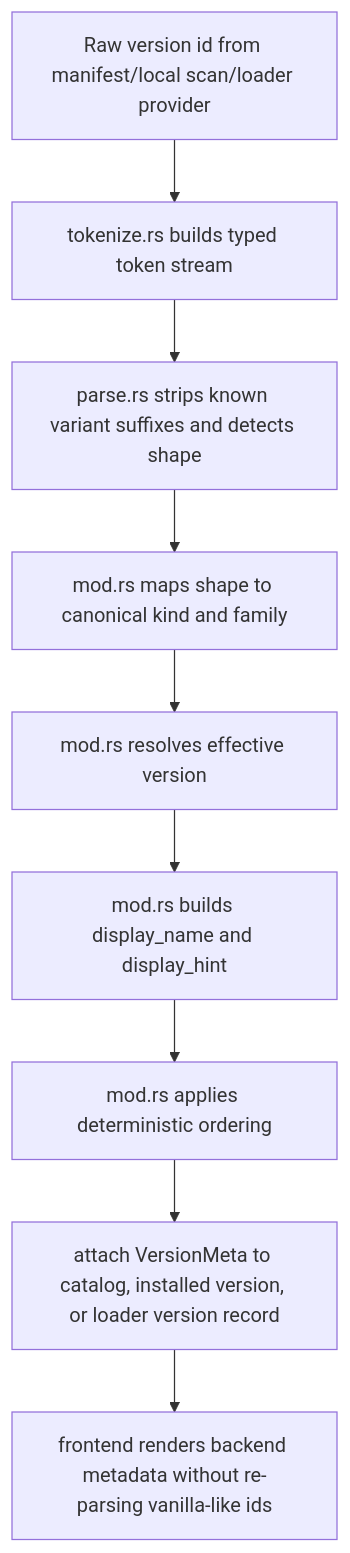
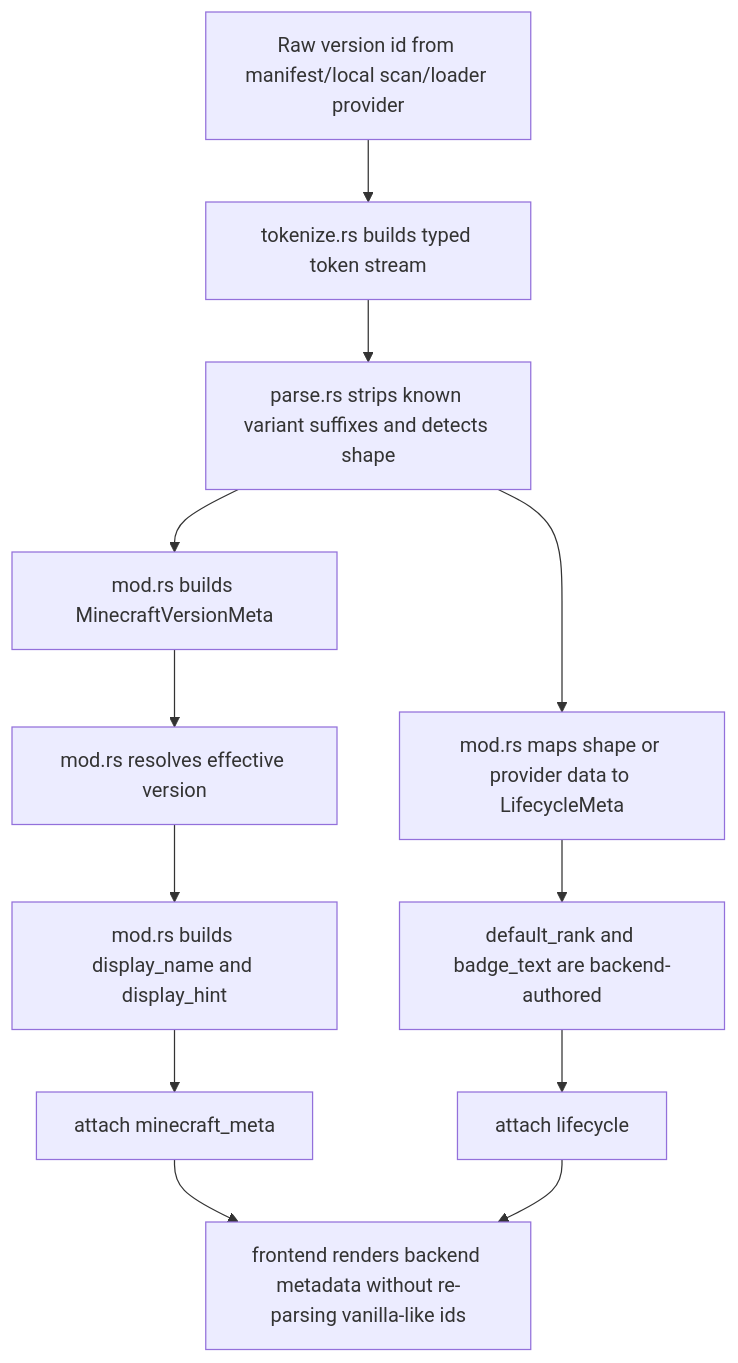
One commit to mateoltd/croopor changed the eighth of 9 diagrams in docs/ARCHITECTURE.md. Above: the diagram before and after it, drawn with Mermaid. The commit also changed other lines of this file and 29 other files, not shown here.

Commit message:
refactor(loaders): wip normalize lifecycle metadata

````diff
--- a/docs/ARCHITECTURE.md
+++ b/docs/ARCHITECTURE.md
@@ -165,11 +167,14 @@
 ```mermaid
 flowchart TD
     A[Raw version id from manifest/local scan/loader provider] --> B[tokenize.rs builds typed token stream]
     B --> C[parse.rs strips known variant suffixes and detects shape]
-    C --> D[mod.rs maps shape to canonical kind and family]
-    D --> E[mod.rs resolves effective version]
-    E --> F[mod.rs builds display_name and display_hint]
-    F --> G[mod.rs applies deterministic ordering]
-    G --> H[attach VersionMeta to catalog, installed version, or loader version record]
-    H --> I[frontend renders backend metadata without re-parsing vanilla-like ids]
+    C --> D[mod.rs builds MinecraftVersionMeta]
+    C --> E[mod.rs maps shape or provider data to LifecycleMeta]
+    D --> F[mod.rs resolves effective version]
+    F --> G[mod.rs builds display_name and display_hint]
+    E --> H[default_rank and badge_text are backend-authored]
+    G --> I[attach minecraft_meta]
+    H --> J[attach lifecycle]
+    I --> K[frontend renders backend metadata without re-parsing vanilla-like ids]
+    J --> K
 ```
````
